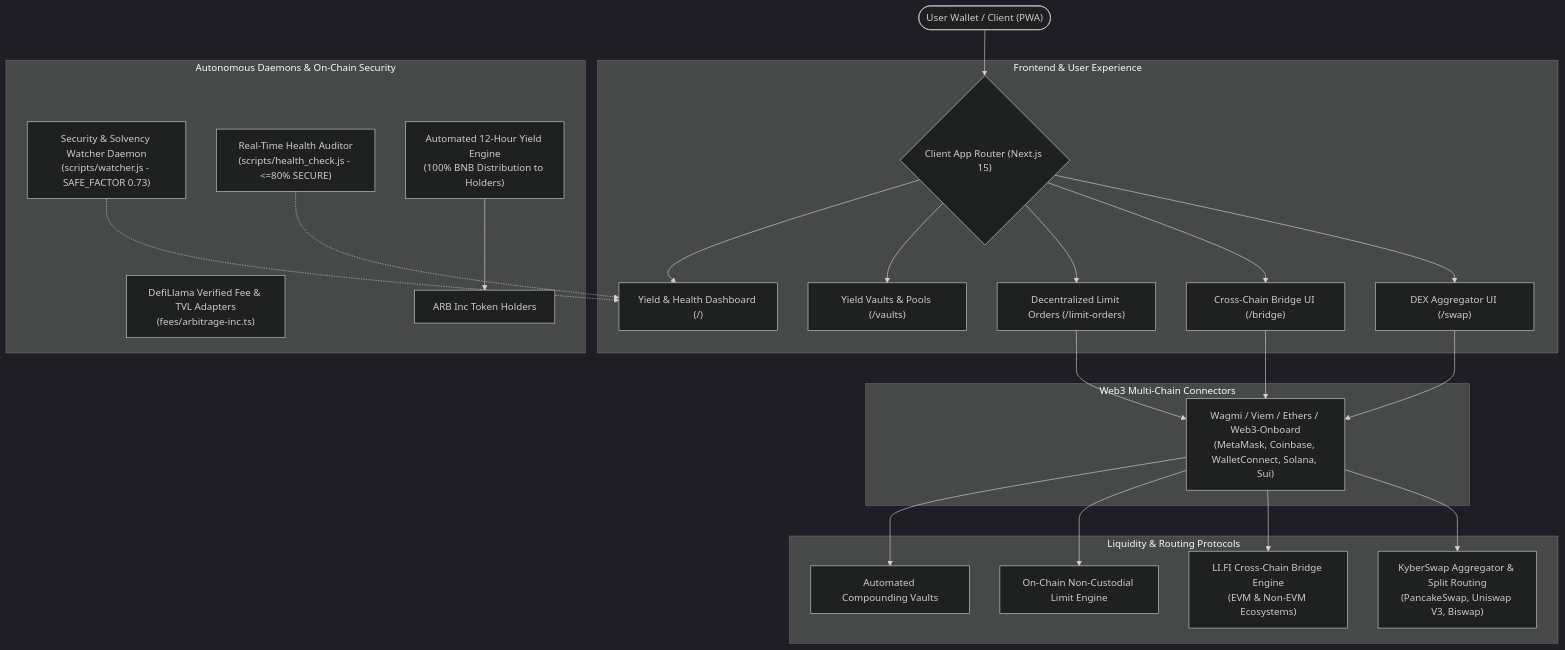
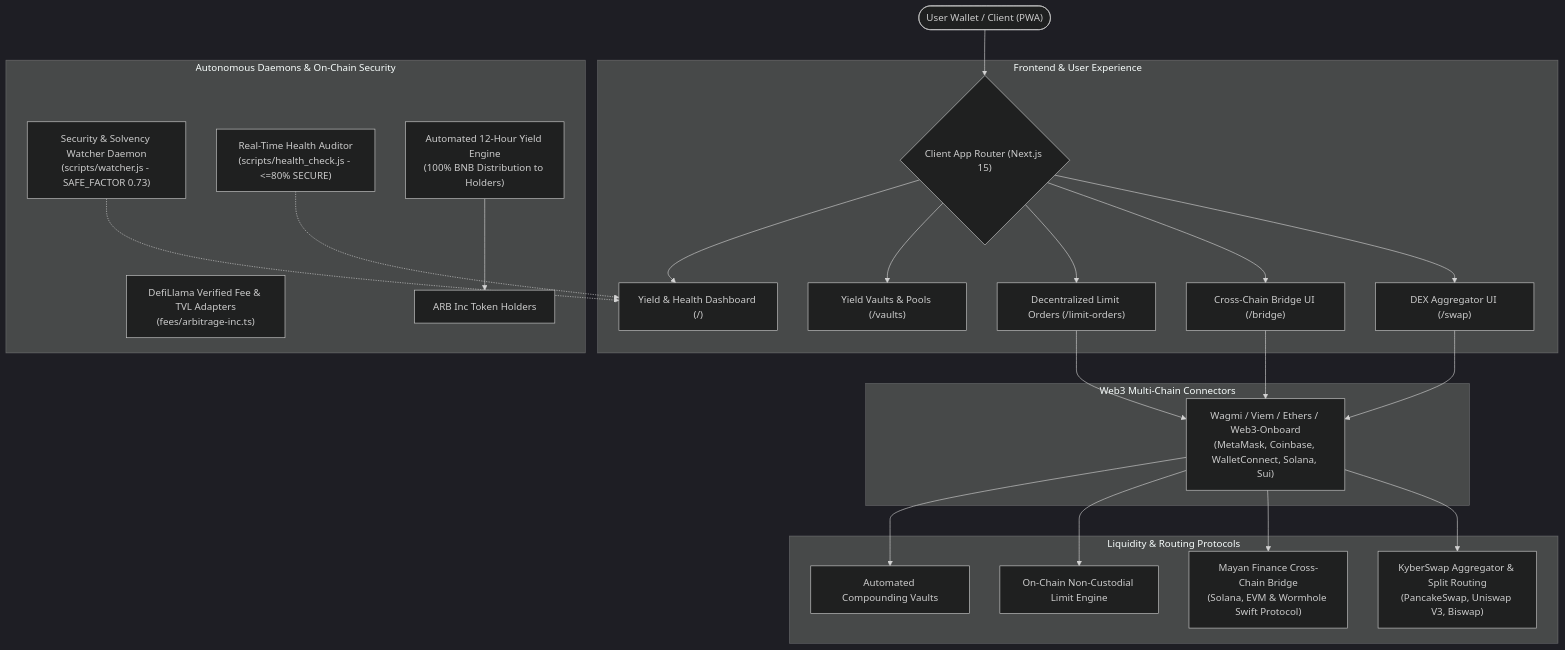
Before and after one commit to Lukecele/Arb-Inc-All-in-Dex: the diagram in README.md, drawn with Mermaid (dark theme). The commit also changed other lines of this file and 7 other files, not shown here.

Commit message:
chore: remove discarded lifi dependencies and obsolete backups, align bridge docs and css with Mayan Finance

````diff
--- a/README.md
+++ b/README.md
@@ -14,33 +14,33 @@
 ```mermaid
 flowchart TD
     User(["User Wallet / Client (PWA)"]) --> Router{"Client App Router (Next.js 15)"}
     
     subgraph Frontend ["Frontend & User Experience"]
         Router --> SwapUI["DEX Aggregator UI (/swap)"]
         Router --> BridgeUI["Cross-Chain Bridge UI (/bridge)"]
         Router --> LimitUI["Decentralized Limit Orders (/limit-orders)"]
         Router --> VaultsUI["Yield Vaults & Pools (/vaults)"]
         Router --> DashUI["Yield & Health Dashboard (/)"]
     end
     
     subgraph Web3Core ["Web3 Multi-Chain Connectors"]
         SwapUI & BridgeUI & LimitUI --> Connectors["Wagmi / Viem / Ethers / Web3-Onboard\n(MetaMask, Coinbase, WalletConnect, Solana, Sui)"]
     end
     
     subgraph ExecutionEngine ["Liquidity & Routing Protocols"]
         Connectors --> Kyber["KyberSwap Aggregator & Split Routing\n(PancakeSwap, Uniswap V3, Biswap)"]
-        Connectors --> LiFi["LI.FI Cross-Chain Bridge Engine\n(EVM & Non-EVM Ecosystems)"]
+        Connectors --> Mayan["Mayan Finance Cross-Chain Bridge\n(Solana, EVM & Wormhole Swift Protocol)"]
         Connectors --> LimitOrders["On-Chain Non-Custodial Limit Engine"]
         Connectors --> Beefy["Automated Compounding Vaults"]
     end
     
     subgraph DaemonSecurity ["Autonomous Daemons & On-Chain Security"]
         Watcher["Security & Solvency Watcher Daemon\n(scripts/watcher.js - SAFE_FACTOR 0.73)"]
         HealthCheck["Real-Time Health Auditor\n(scripts/health_check.js - <=80% SECURE)"]
         YieldDistributor["Automated 12-Hour Yield Engine\n(100% BNB Distribution to Holders)"]
         DefiLlama["DefiLlama Verified Fee & TVL Adapters\n(fees/arbitrage-inc.ts)"]
         Watcher -.-> DashUI
         HealthCheck -.-> DashUI
         YieldDistributor --> Holders["ARB Inc Token Holders"]
     end
 ```
````
